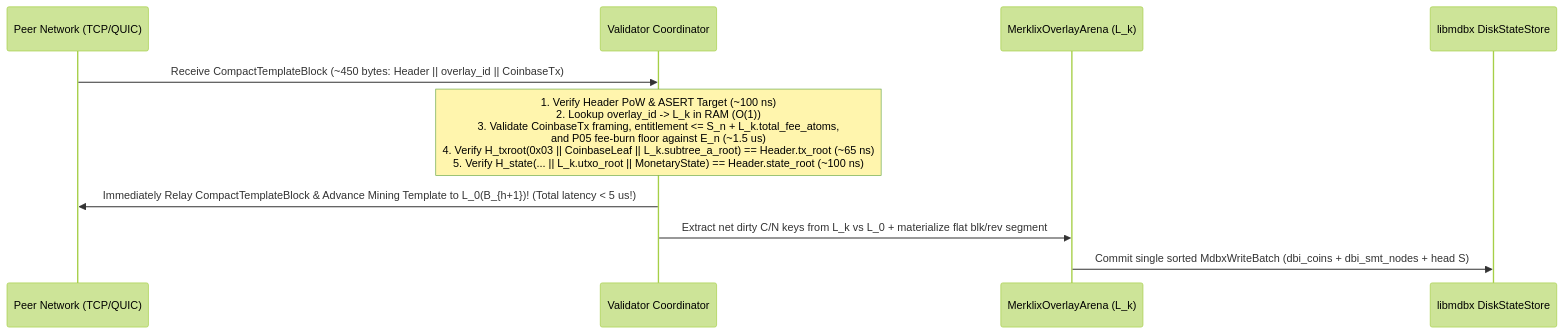
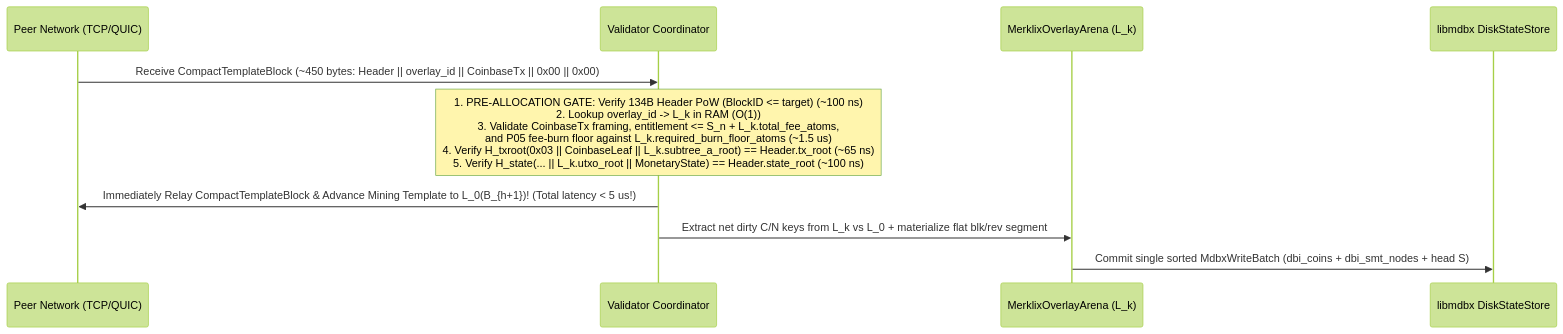
Before and after one commit to givelotus/lotus: the sixth of 9 diagrams in docs/plans/lotus-v2-bulk-preconsensus-and-mempool-overlays.md, drawn with Mermaid (forest theme). The commit also changed other lines of this file, not shown here.

Commit message:
docs(v2): harden bulk pre-consensus spec against 9 adversarial attacks and add 5-phase C++ implementation plan

````diff
--- a/docs/plans/lotus-v2-bulk-preconsensus-and-mempool-overlays.md
+++ b/docs/plans/lotus-v2-bulk-preconsensus-and-mempool-overlays.md
@@ -662,13 +747,13 @@
 ```mermaid
 sequenceDiagram
     participant Net as Peer Network (TCP/QUIC)
     participant Val as Validator Coordinator
     participant Arena as MerklixOverlayArena (L_k)
     participant MDBX as libmdbx DiskStateStore
 
-    Net->>Val: Receive CompactTemplateBlock (~450 bytes: Header || overlay_id || CoinbaseTx)
-    Note over Val: 1. Verify Header PoW & ASERT Target (~100 ns)<br/>2. Lookup overlay_id -> L_k in RAM (O(1))<br/>3. Validate CoinbaseTx framing, entitlement <= S_n + L_k.total_fee_atoms,<br/>   and P05 fee-burn floor against E_n (~1.5 us)<br/>4. Verify H_txroot(0x03 || CoinbaseLeaf || L_k.subtree_a_root) == Header.tx_root (~65 ns)<br/>5. Verify H_state(... || L_k.utxo_root || MonetaryState) == Header.state_root (~100 ns)
+    Net->>Val: Receive CompactTemplateBlock (~450 bytes: Header || overlay_id || CoinbaseTx || 0x00 || 0x00)
+    Note over Val: 1. PRE-ALLOCATION GATE: Verify 134B Header PoW (BlockID <= target) (~100 ns)<br/>2. Lookup overlay_id -> L_k in RAM (O(1))<br/>3. Validate CoinbaseTx framing, entitlement <= S_n + L_k.total_fee_atoms,<br/>   and P05 fee-burn floor against L_k.required_burn_floor_atoms (~1.5 us)<br/>4. Verify H_txroot(0x03 || CoinbaseLeaf || L_k.subtree_a_root) == Header.tx_root (~65 ns)<br/>5. Verify H_state(... || L_k.utxo_root || MonetaryState) == Header.state_root (~100 ns)
     Val->>Net: Immediately Relay CompactTemplateBlock & Advance Mining Template to L_0(B_{h+1})! (Total latency < 5 us!)
     Val->>Arena: Extract net dirty C/N keys from L_k vs L_0 + materialize flat blk/rev segment
     Arena->>MDBX: Commit single sorted MdbxWriteBatch (dbi_coins + dbi_smt_nodes + head S)
 ```
````
